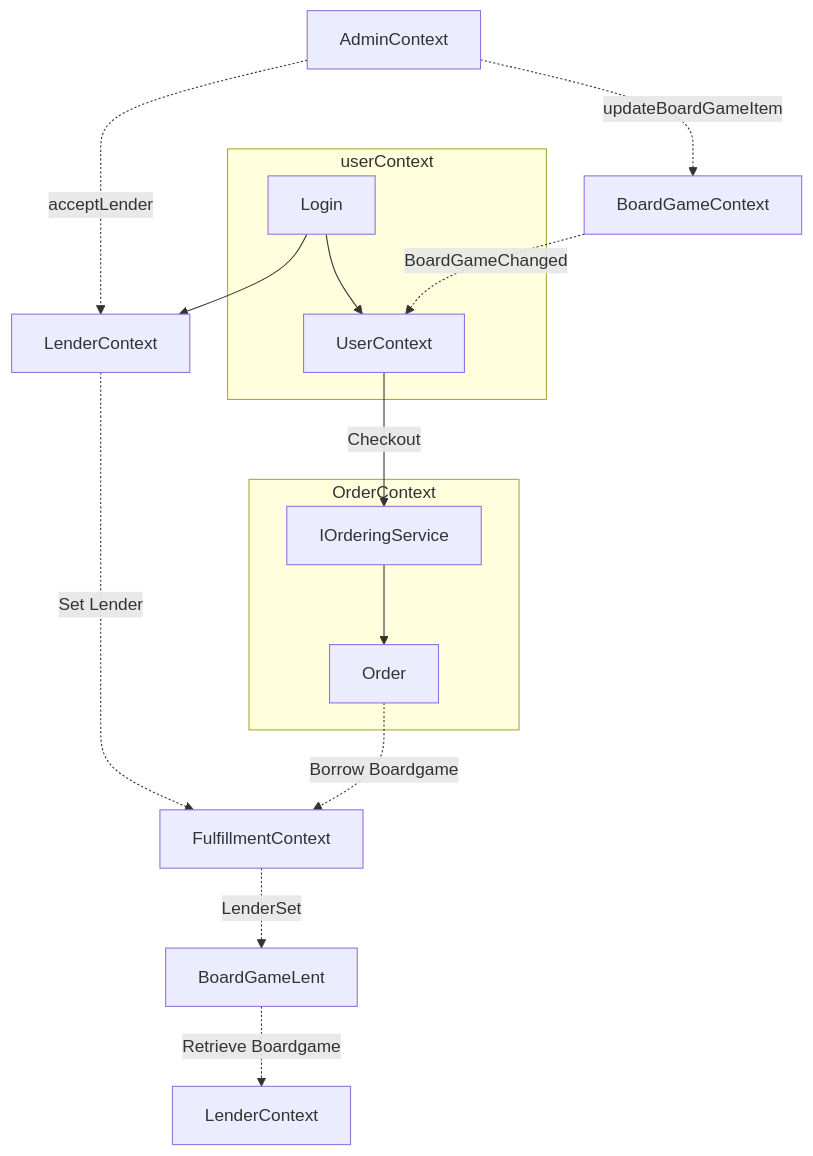
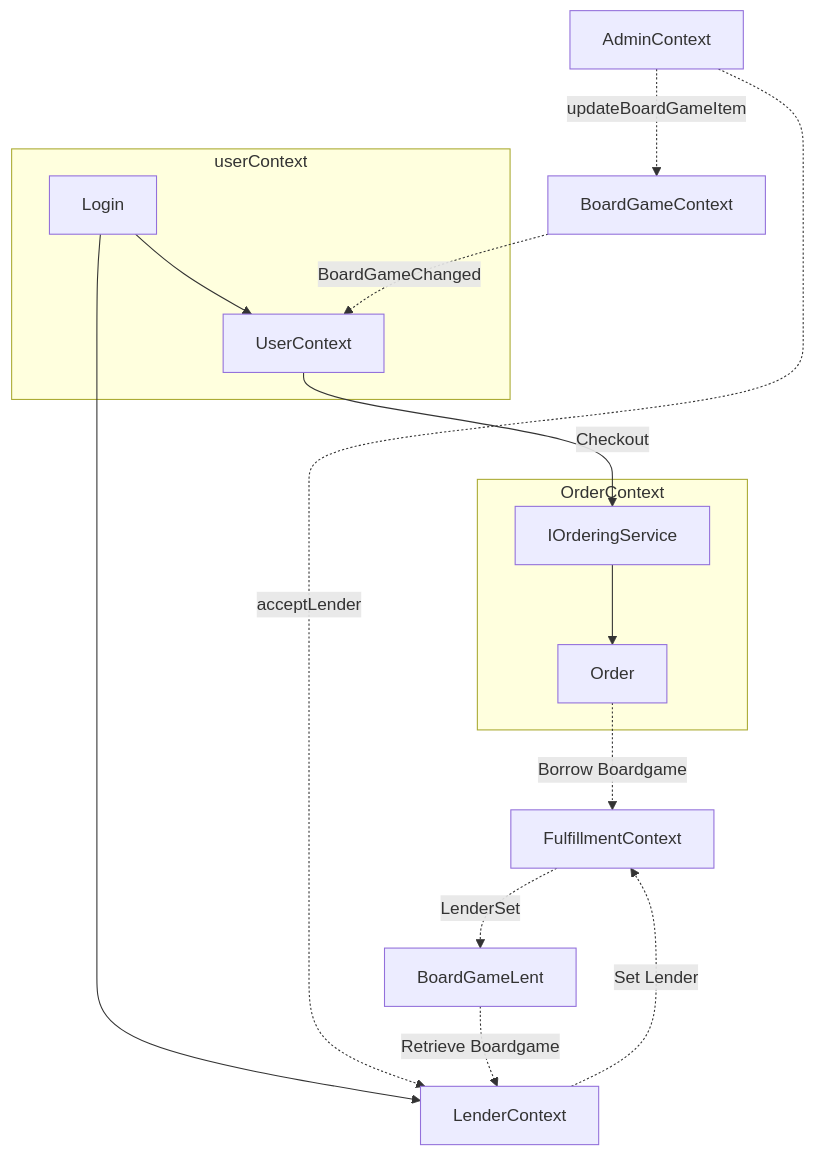
The diagram in Utlån_Konvensjonell/Utlånssystem_Konvensjonell/Design.md (Mancorl/Datbac-Prosjekt), drawn with Mermaid before and after one commit.

Commit message:
FLowchart ferdig?

````diff
--- a/Utlån_Konvensjonell/Utlånssystem_Konvensjonell/Design.md
+++ b/Utlån_Konvensjonell/Utlånssystem_Konvensjonell/Design.md
@@ -3,28 +3,28 @@
 ```mermaid
 flowchart TB
  subgraph OrderContext["OrderContext"]
         Order["Order"]
         IOrderingService["IOrderingService"]
   end
   subgraph userContext
     login[Login] 
     login --> user[UserContext] 
   end
     
     login --> Lender[LenderContext]  
 
     admin[AdminContext] -. updateBoardGameItem .-> BoardGameContext
     admin -. acceptLender .-> Lender
 
     BoardGameContext["BoardGameContext"] -. BoardGameChanged .-> user
     user -- Checkout --> IOrderingService
     IOrderingService --> Order
 
     Lender -. Set Lender .-> FulfillmentContext
 
     FulfillmentContext -. LenderSet .-> BoardGameLent
     Order -. Borrow Boardgame .-> FulfillmentContext
-    BoardGameLent -. Retrieve Boardgame .-> LenderContext
+    BoardGameLent -. Retrieve Boardgame .-> Lender[LenderContext]
     
 
 ```
````
